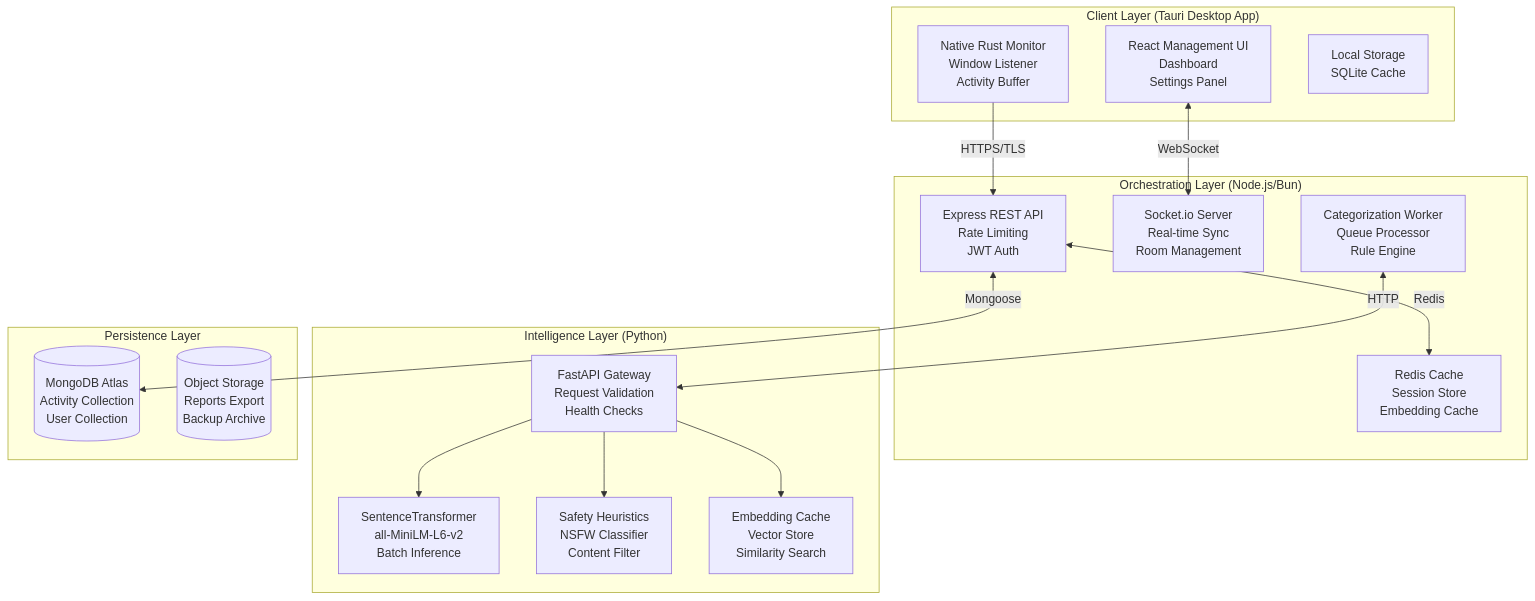
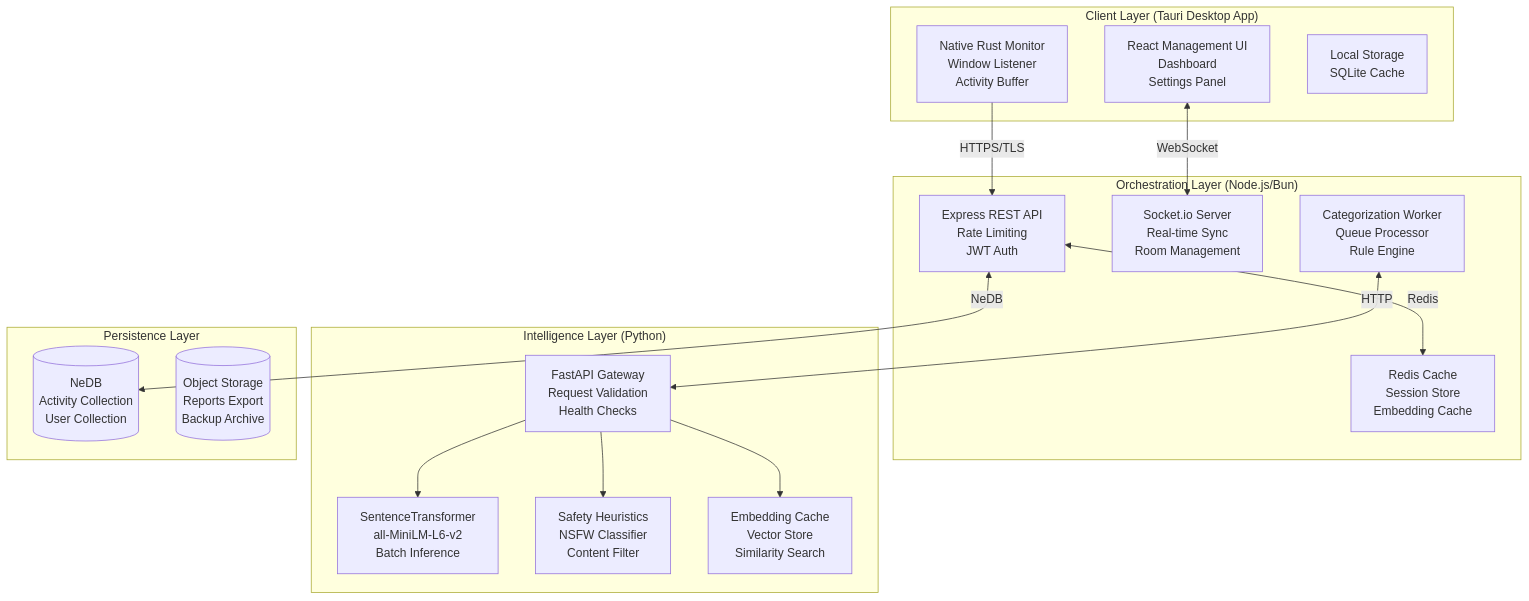
Before and after one commit to Anurup-R-Krishnan/FocusBoard: the diagram in README.md, drawn with Mermaid. The commit also changed other lines of this file and 126 other files, not shown here.

````diff
--- a/README.md
+++ b/README.md
@@ -196,36 +196,36 @@
 ```mermaid
 graph TD
     subgraph "Client Layer (Tauri Desktop App)"
         RUST[Native Rust Monitor<br/>Window Listener<br/>Activity Buffer]
         REACT[React Management UI<br/>Dashboard<br/>Settings Panel]
         LOCAL[Local Storage<br/>SQLite Cache]
     end
 
     subgraph "Orchestration Layer (Node.js/Bun)"
         API[Express REST API<br/>Rate Limiting<br/>JWT Auth]
         WS[Socket.io Server<br/>Real-time Sync<br/>Room Management]
         WORKER[Categorization Worker<br/>Queue Processor<br/>Rule Engine]
         CACHE[Redis Cache<br/>Session Store<br/>Embedding Cache]
     end
 
     subgraph "Intelligence Layer (Python)"
         FAST[FastAPI Gateway<br/>Request Validation<br/>Health Checks]
         NLP[SentenceTransformer<br/>all-MiniLM-L6-v2<br/>Batch Inference]
         SAFE[Safety Heuristics<br/>NSFW Classifier<br/>Content Filter]
         EMBED[Embedding Cache<br/>Vector Store<br/>Similarity Search]
     end
 
     subgraph "Persistence Layer"
-        MONGO[(MongoDB Atlas<br/>Activity Collection<br/>User Collection)]
+        NEDB[(NeDB<br/>Activity Collection<br/>User Collection)]
         S3[(Object Storage<br/>Reports Export<br/>Backup Archive)]
     end
 
     RUST -->|HTTPS/TLS| API
     REACT <-->|WebSocket| WS
     API <-->|Redis| CACHE
-    API <-->|Mongoose| MONGO
+    API <-->|NeDB| NEDB
     WORKER <-->|HTTP| FAST
     FAST --> NLP
     FAST --> SAFE
     FAST --> EMBED
 ```
````
